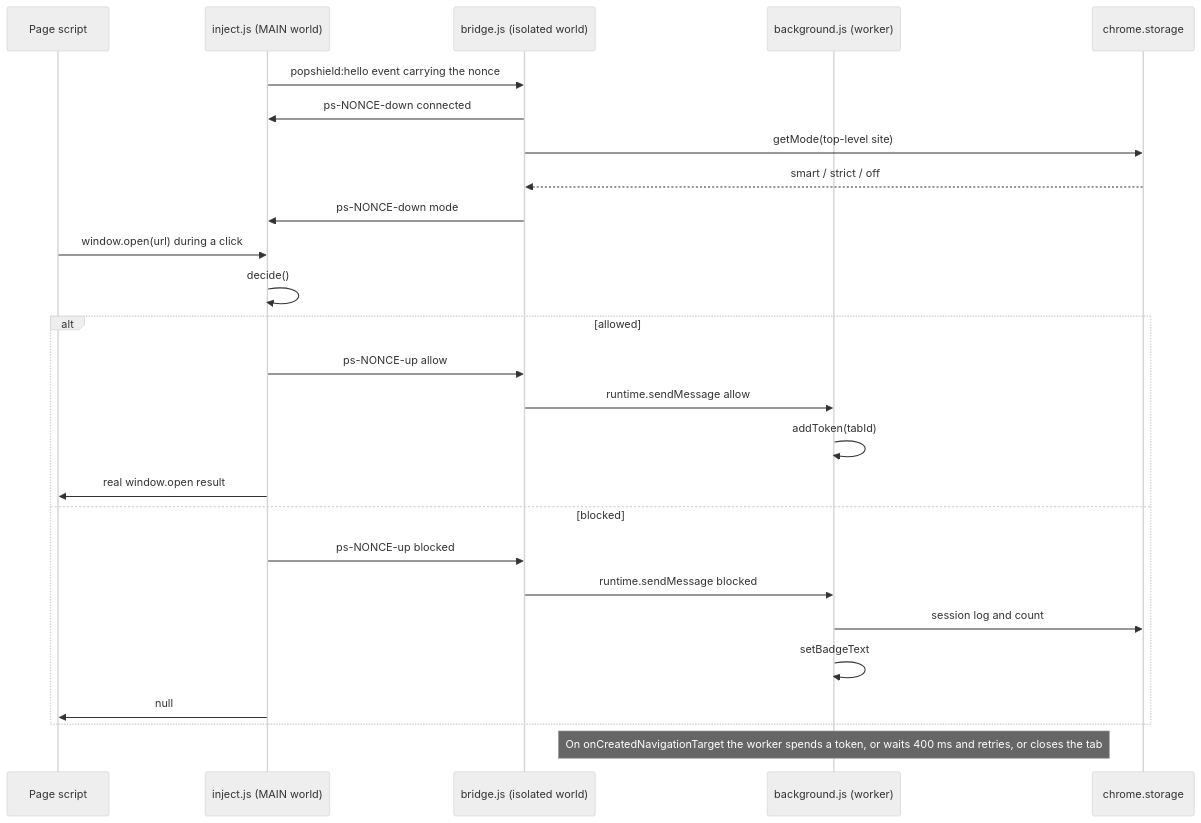
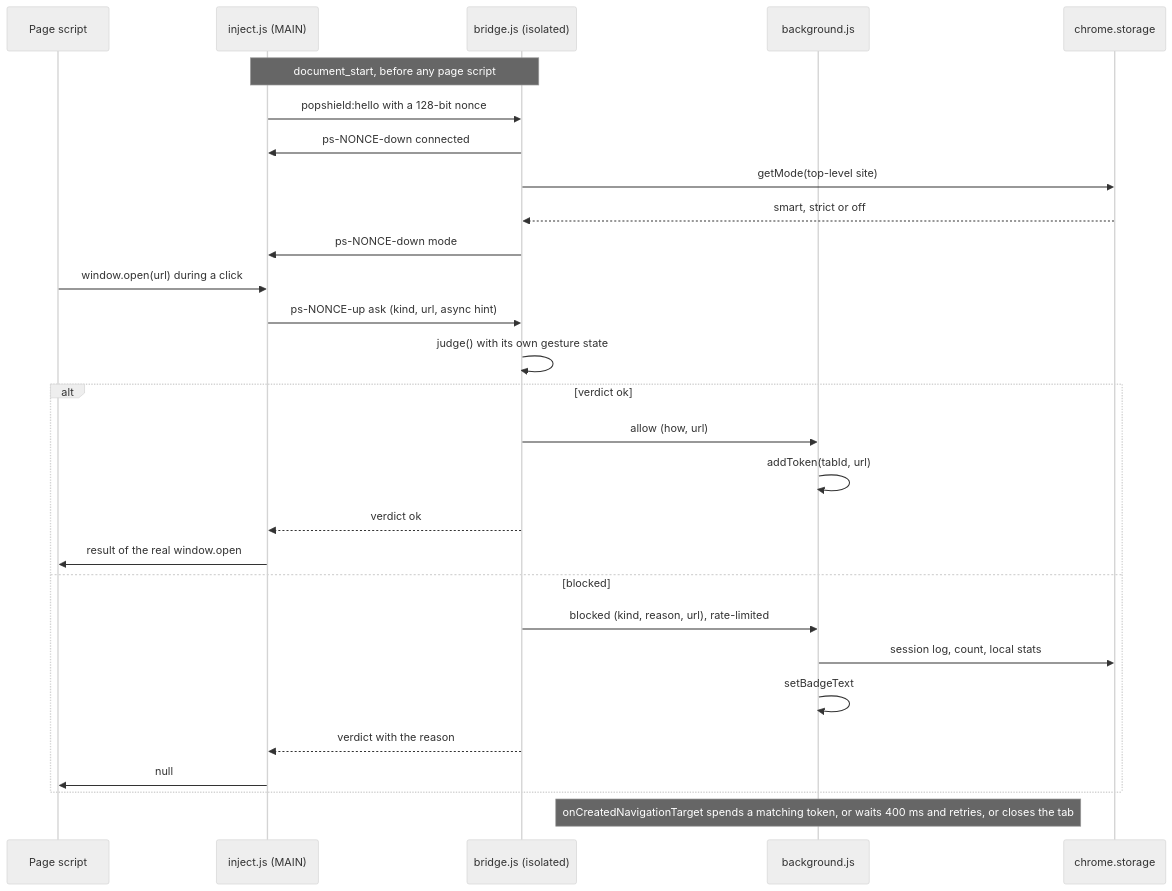
The second of 4 diagrams in docs/ARCHITECTURE.md (madironman/popshield), drawn with Mermaid (neutral theme) before and after one commit. The commit also changed other lines of this file and 13 other files, not shown here.

First line of the commit message:
Move all decisions to the isolated world; harden against hostile pages

````diff
--- a/docs/ARCHITECTURE.md
+++ b/docs/ARCHITECTURE.md
@@ -34,29 +73,31 @@
 ```mermaid
 sequenceDiagram
     participant P as Page script
-    participant I as inject.js (MAIN world)
-    participant B as bridge.js (isolated world)
-    participant W as background.js (worker)
+    participant I as inject.js (MAIN)
+    participant B as bridge.js (isolated)
+    participant W as background.js
     participant S as chrome.storage
 
-    I->>B: popshield:hello event carrying the nonce
+    Note over I,B: document_start, before any page script
+    I->>B: popshield:hello with a 128-bit nonce
     B->>I: ps-NONCE-down connected
     B->>S: getMode(top-level site)
-    S-->>B: smart / strict / off
+    S-->>B: smart, strict or off
     B->>I: ps-NONCE-down mode
     P->>I: window.open(url) during a click
-    I->>I: decide()
-    alt allowed
-        I->>B: ps-NONCE-up allow
-        B->>W: runtime.sendMessage allow
-        W->>W: addToken(tabId)
-        I->>P: real window.open result
+    I->>B: ps-NONCE-up ask (kind, url, async hint)
+    B->>B: judge() with its own gesture state
+    alt verdict ok
+        B->>W: allow (how, url)
+        W->>W: addToken(tabId, url)
+        B-->>I: verdict ok
+        I->>P: result of the real window.open
     else blocked
-        I->>B: ps-NONCE-up blocked
-        B->>W: runtime.sendMessage blocked
-        W->>S: session log and count
+        B->>W: blocked (kind, reason, url), rate-limited
+        W->>S: session log, count, local stats
         W->>W: setBadgeText
+        B-->>I: verdict with the reason
         I->>P: null
     end
-    Note over W: On onCreatedNavigationTarget the worker spends a token, or waits 400 ms and retries, or closes the tab
+    Note over W: onCreatedNavigationTarget spends a matching token, or waits 400 ms and retries, or closes the tab
 ```
````
